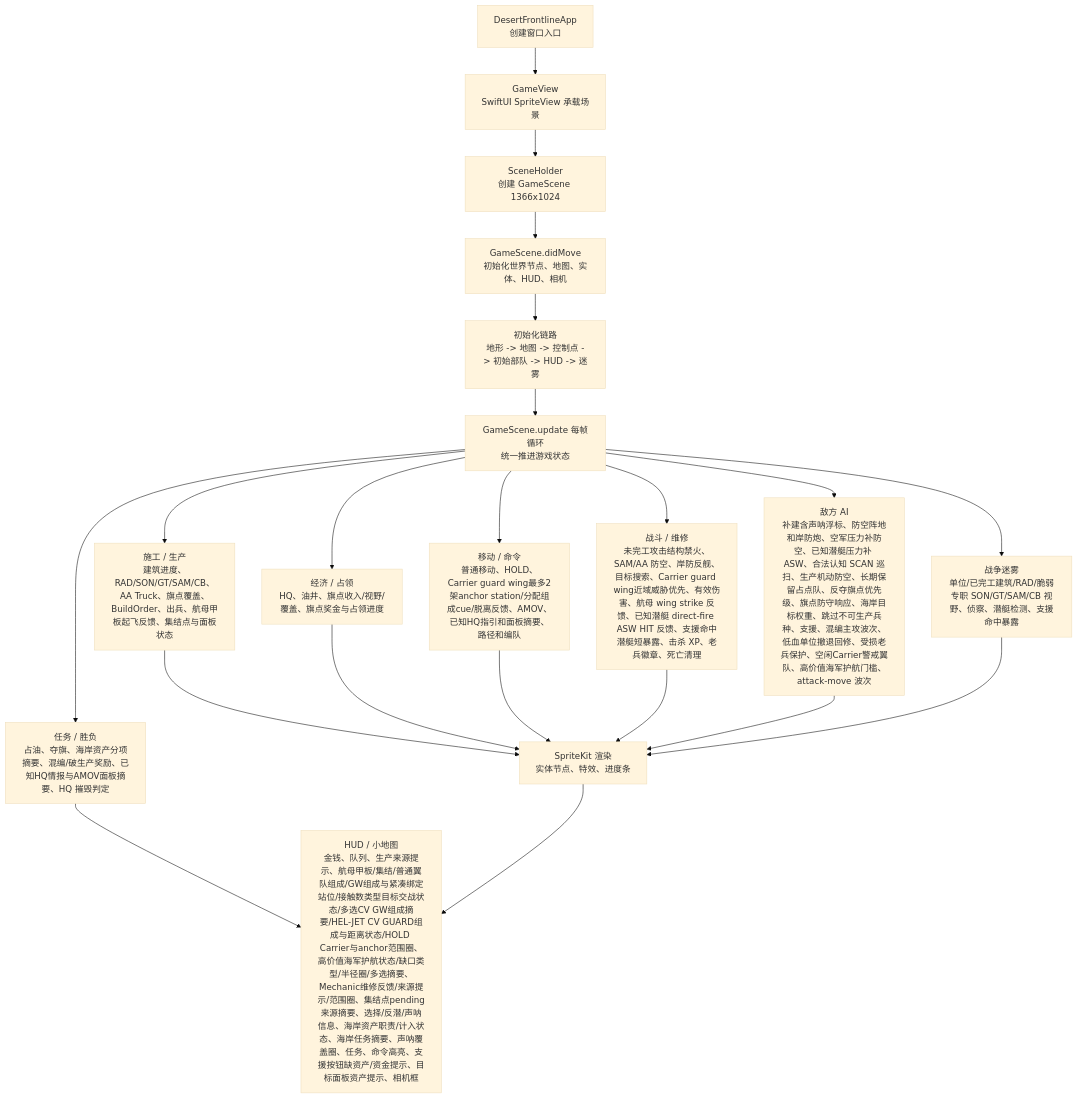
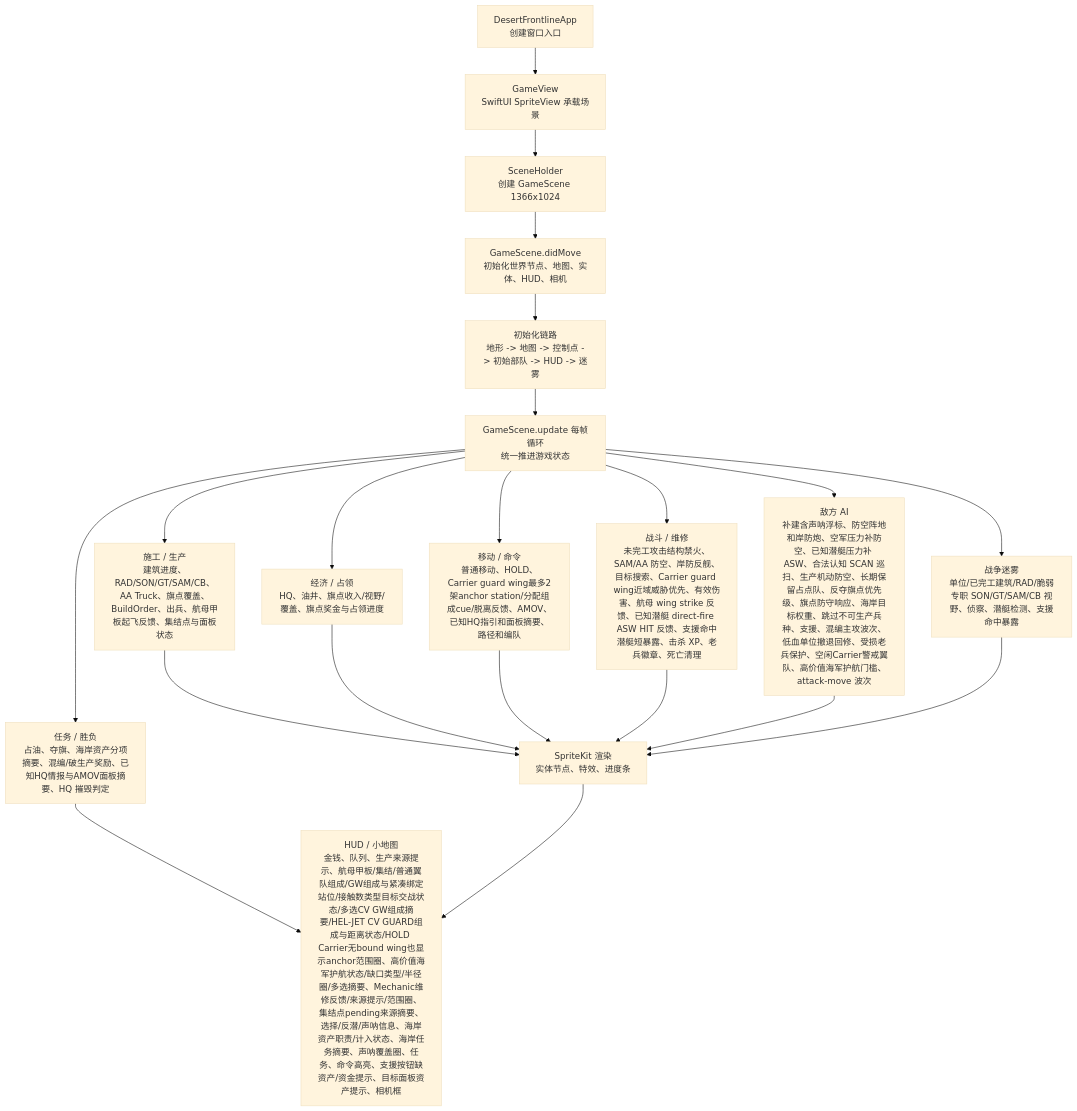
Before and after one commit to Altman-sam114/1145: the first of 3 diagrams in md/flow/flowchart.md, drawn with Mermaid (base theme). The commit also changed 4 other files, not shown here.

````diff
--- a/md/flow/flowchart.md
+++ b/md/flow/flowchart.md
@@ -9,23 +9,23 @@
 ```mermaid
 flowchart TD
   App["DesertFrontlineApp\n创建窗口入口"] --> View["GameView\nSwiftUI SpriteView 承载场景"]
   View --> Holder["SceneHolder\n创建 GameScene 1366x1024"]
   Holder --> Scene["GameScene.didMove\n初始化世界节点、地图、实体、HUD、相机"]
   Scene --> Init["初始化链路\n地形 -> 地图 -> 控制点 -> 初始部队 -> HUD -> 迷雾"]
   Init --> Loop["GameScene.update 每帧循环\n统一推进游戏状态"]
   Loop --> Build["施工 / 生产\n建筑进度、RAD/SON/GT/SAM/CB、AA Truck、旗点覆盖、BuildOrder、出兵、航母甲板起飞反馈、集结点与面板状态"]
   Loop --> Economy["经济 / 占领\nHQ、油井、旗点收入/视野/覆盖、旗点奖金与占领进度"]
   Loop --> Commands["移动 / 命令\n普通移动、HOLD、Carrier guard wing最多2架anchor station/分配组成cue/脱离反馈、AMOV、已知HQ指引和面板摘要、路径和编队"]
   Loop --> Combat["战斗 / 维修\n未完工攻击结构禁火、SAM/AA 防空、岸防反舰、目标搜索、Carrier guard wing近域威胁优先、有效伤害、航母 wing strike 反馈、已知潜艇 direct-fire ASW HIT 反馈、支援命中潜艇短暴露、击杀 XP、老兵徽章、死亡清理"]
   Loop --> AI["敌方 AI\n补建含声呐浮标、防空阵地和岸防炮、空军压力补防空、已知潜艇压力补 ASW、合法认知 SCAN 巡扫、生产机动防空、长期保留占点队、反夺旗点优先级、旗点防守响应、海岸目标权重、跳过不可生产兵种、支援、混编主攻波次、低血单位撤退回修、受损老兵保护、空闲Carrier警戒翼队、高价值海军护航门槛、attack-move 波次"]
   Loop --> Fog["战争迷雾\n单位/已完工建筑/RAD/脆弱专职 SON/GT/SAM/CB 视野、侦察、潜艇检测、支援命中暴露"]
   Loop --> Mission["任务 / 胜负\n占油、夺旗、海岸资产分项摘要、混编/破生产奖励、已知HQ情报与AMOV面板摘要、HQ 摧毁判定"]
   Build --> Render["SpriteKit 渲染\n实体节点、特效、进度条"]
   Economy --> Render
   Commands --> Render
   Combat --> Render
   AI --> Render
   Fog --> Render
-  Mission --> HUD["HUD / 小地图\n金钱、队列、生产来源提示、航母甲板/集结/普通翼队组成/GW组成与紧凑绑定站位/接触数类型目标交战状态/多选CV GW组成摘要/HEL-JET CV GUARD组成与距离状态/HOLD Carrier与anchor范围圈、高价值海军护航状态/缺口类型/半径圈/多选摘要、Mechanic维修反馈/来源提示/范围圈、集结点pending来源摘要、选择/反潜/声呐信息、海岸资产职责/计入状态、海岸任务摘要、声呐覆盖圈、任务、命令高亮、支援按钮缺资产/资金提示、目标面板资产提示、相机框"]
+  Mission --> HUD["HUD / 小地图\n金钱、队列、生产来源提示、航母甲板/集结/普通翼队组成/GW组成与紧凑绑定站位/接触数类型目标交战状态/多选CV GW组成摘要/HEL-JET CV GUARD组成与距离状态/HOLD Carrier无bound wing也显示anchor范围圈、高价值海军护航状态/缺口类型/半径圈/多选摘要、Mechanic维修反馈/来源提示/范围圈、集结点pending来源摘要、选择/反潜/声呐信息、海岸资产职责/计入状态、海岸任务摘要、声呐覆盖圈、任务、命令高亮、支援按钮缺资产/资金提示、目标面板资产提示、相机框"]
   Render --> HUD
 ```
````
